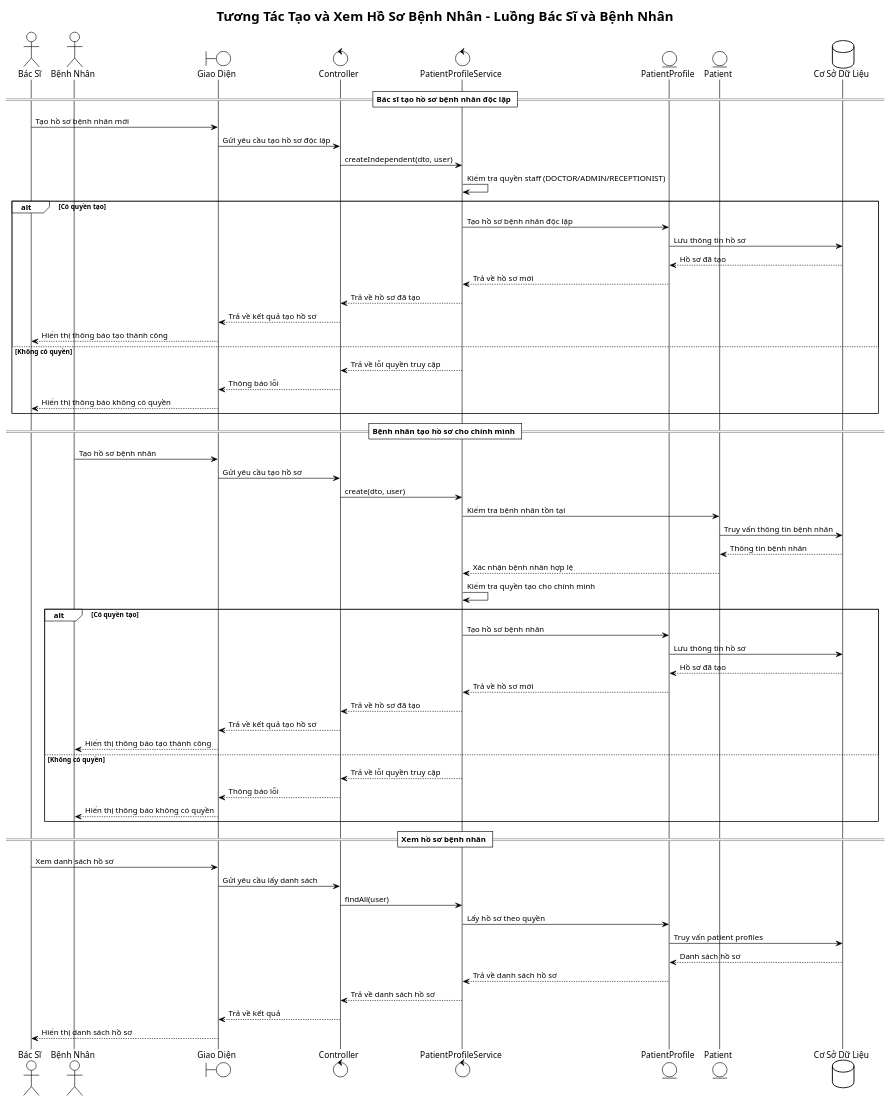
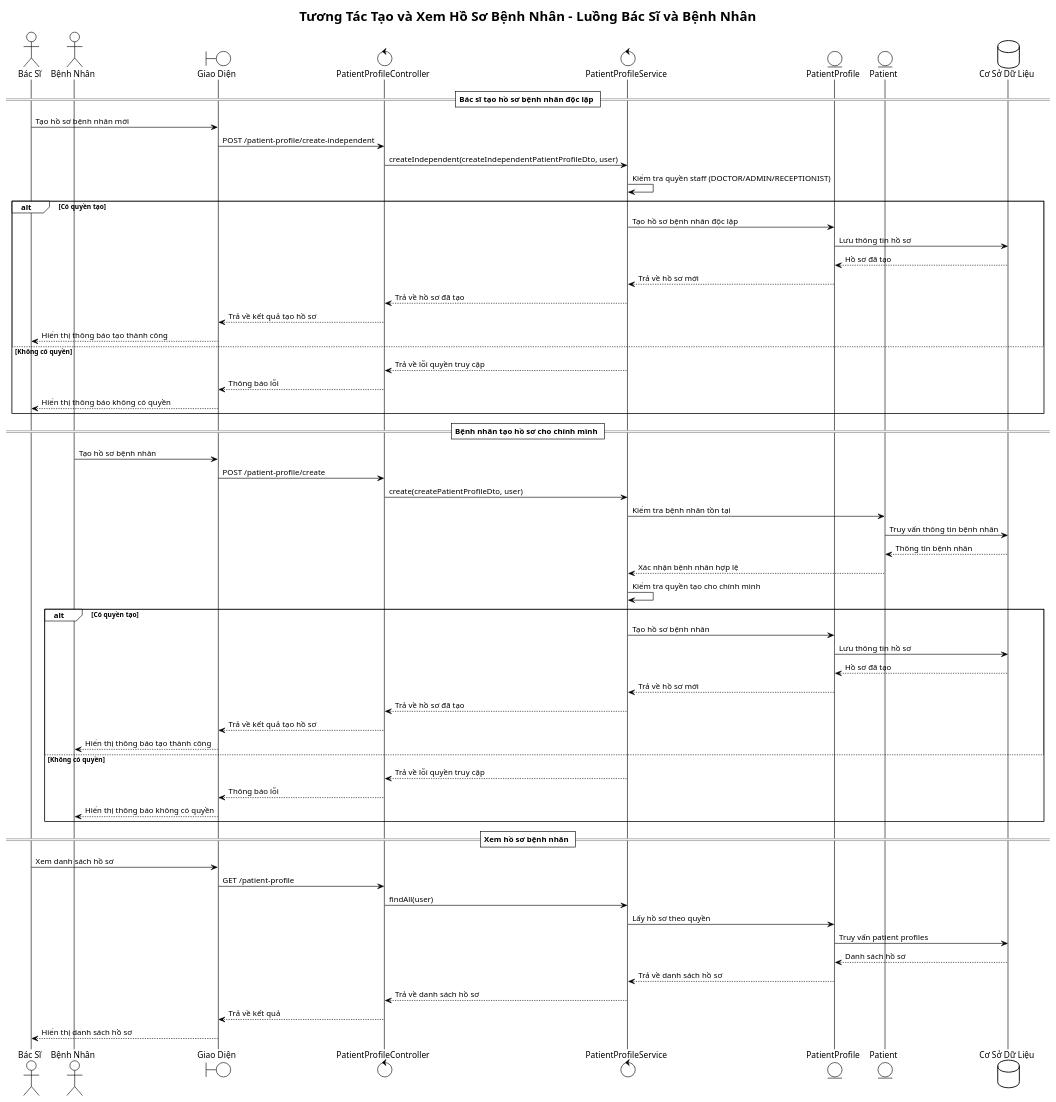
One commit to iamKhang/revita-be changed the diagram in docs/patient-profile-sequence.puml. Above: the diagram before and after it, drawn with PlantUML. The commit also changed 7 other files, not shown here.

Commit message:
Update sequence diagram

```diff
--- a/docs/patient-profile-sequence.puml
+++ b/docs/patient-profile-sequence.puml
@@ -1,76 +1,76 @@
 @startuml Patient Profile Sequence Diagram
 !theme plain
 title Tương Tác Tạo và Xem Hồ Sơ Bệnh Nhân - Luồng Bác Sĩ và Bệnh Nhân
 
 actor "Bác Sĩ" as D
 actor "Bệnh Nhân" as P
 boundary "Giao Diện" as F
-control "Controller" as C
+control "PatientProfileController" as C
 control "PatientProfileService" as PS
 entity "PatientProfile" as PP
 entity "Patient" as PAT
 database "Cơ Sở Dữ Liệu" as DB
 
 == Bác sĩ tạo hồ sơ bệnh nhân độc lập ==
 
 D -> F: Tạo hồ sơ bệnh nhân mới
-F -> C: Gửi yêu cầu tạo hồ sơ độc lập
-C -> PS: createIndependent(dto, user)
+F -> C: POST /patient-profile/create-independent
+C -> PS: createIndependent(createIndependentPatientProfileDto, user)
 PS -> PS: Kiểm tra quyền staff (DOCTOR/ADMIN/RECEPTIONIST)
 
 alt Có quyền tạo
   PS -> PP: Tạo hồ sơ bệnh nhân độc lập
   PP -> DB: Lưu thông tin hồ sơ
   DB --> PP: Hồ sơ đã tạo
   PP --> PS: Trả về hồ sơ mới
   PS --> C: Trả về hồ sơ đã tạo
   C --> F: Trả về kết quả tạo hồ sơ
   F --> D: Hiển thị thông báo tạo thành công
   
 else Không có quyền
   PS --> C: Trả về lỗi quyền truy cập
   C --> F: Thông báo lỗi
   F --> D: Hiển thị thông báo không có quyền
 end
 
 == Bệnh nhân tạo hồ sơ cho chính mình ==
 
 P -> F: Tạo hồ sơ bệnh nhân
-F -> C: Gửi yêu cầu tạo hồ sơ
-C -> PS: create(dto, user)
+F -> C: POST /patient-profile/create
+C -> PS: create(createPatientProfileDto, user)
 PS -> PAT: Kiểm tra bệnh nhân tồn tại
 PAT -> DB: Truy vấn thông tin bệnh nhân
 DB --> PAT: Thông tin bệnh nhân
 PAT --> PS: Xác nhận bệnh nhân hợp lệ
 
 PS -> PS: Kiểm tra quyền tạo cho chính mình
 
 alt Có quyền tạo
   PS -> PP: Tạo hồ sơ bệnh nhân
   PP -> DB: Lưu thông tin hồ sơ
   DB --> PP: Hồ sơ đã tạo
   PP --> PS: Trả về hồ sơ mới
   PS --> C: Trả về hồ sơ đã tạo
   C --> F: Trả về kết quả tạo hồ sơ
   F --> P: Hiển thị thông báo tạo thành công
   
 else Không có quyền
   PS --> C: Trả về lỗi quyền truy cập
   C --> F: Thông báo lỗi
   F --> P: Hiển thị thông báo không có quyền
 end
 
 == Xem hồ sơ bệnh nhân ==
 
 D -> F: Xem danh sách hồ sơ
-F -> C: Gửi yêu cầu lấy danh sách
+F -> C: GET /patient-profile
 C -> PS: findAll(user)
 PS -> PP: Lấy hồ sơ theo quyền
 PP -> DB: Truy vấn patient profiles
 DB --> PP: Danh sách hồ sơ
 PP --> PS: Trả về danh sách hồ sơ
 PS --> C: Trả về danh sách hồ sơ
 C --> F: Trả về kết quả
 F --> D: Hiển thị danh sách hồ sơ
 
 @enduml
```
